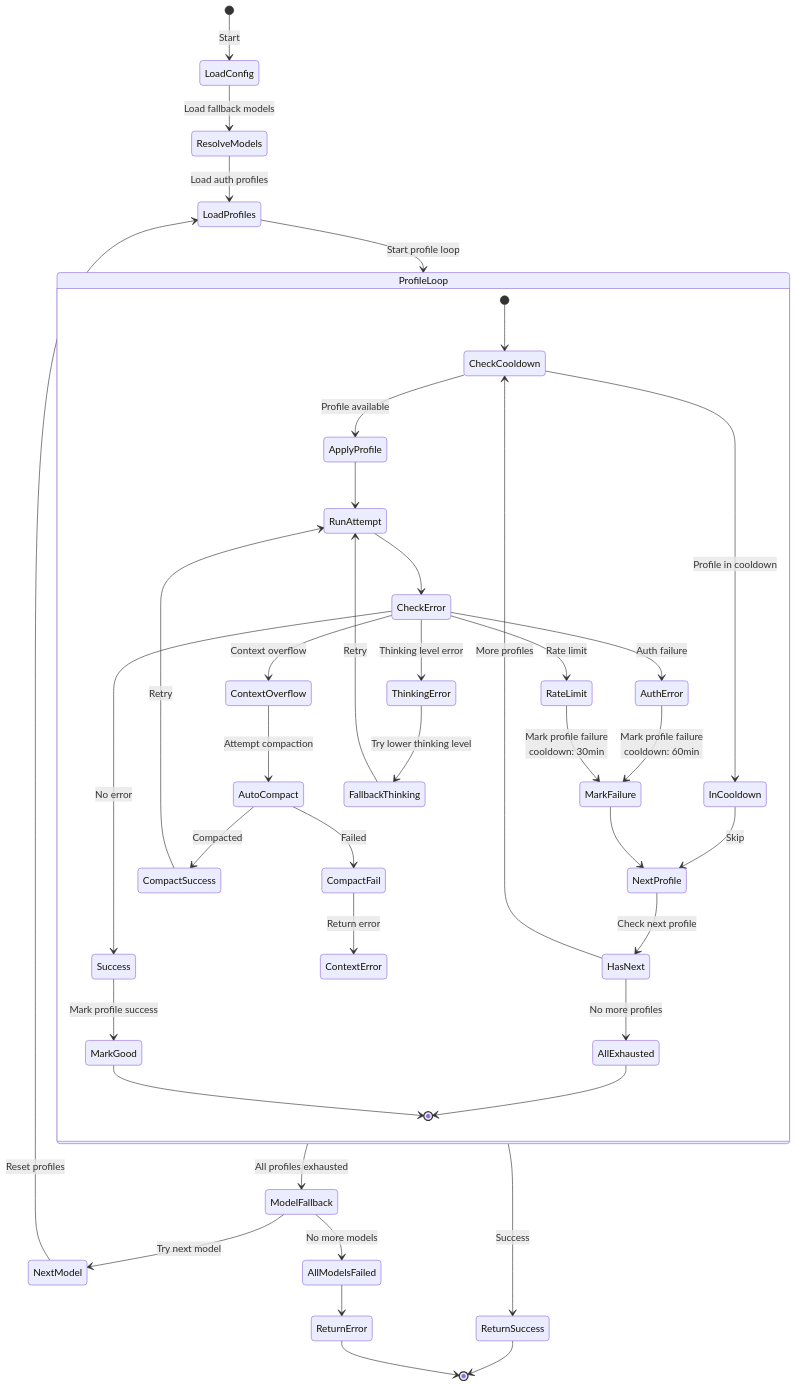
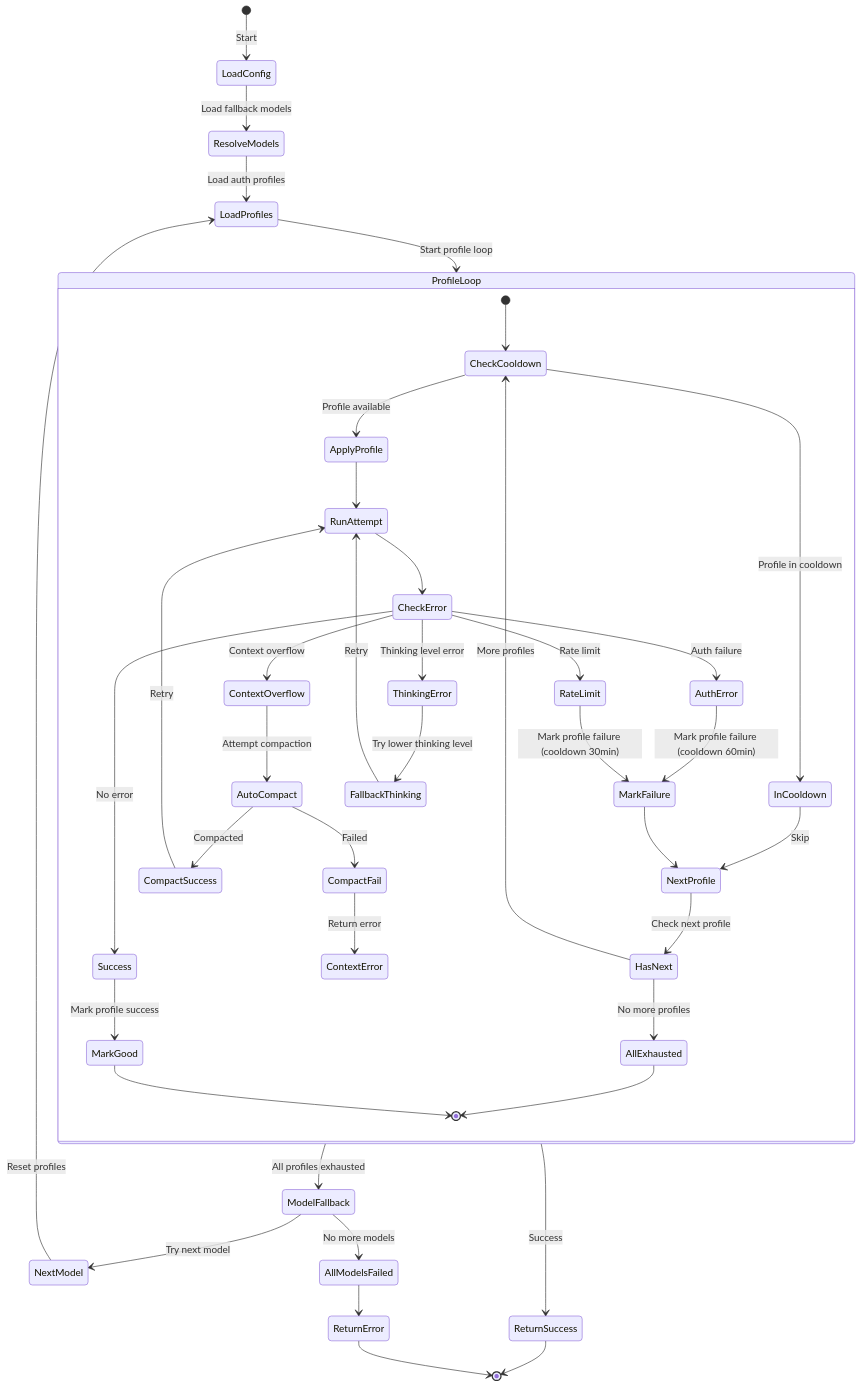
Before and after one commit to laurus-kpa007/openclaw-test: the fourth of 12 diagrams in analysis/architecture-diagrams.md, drawn with Mermaid. The commit also changed other lines of this file, not shown here.

First line of the commit message:
fix: resolve Mermaid diagram parsing errors

````diff
--- a/analysis/architecture-diagrams.md
+++ b/analysis/architecture-diagrams.md
@@ -211,53 +211,53 @@
 ```mermaid
 stateDiagram-v2
     [*] --> LoadConfig: Start
     LoadConfig --> ResolveModels: Load fallback models
     ResolveModels --> LoadProfiles: Load auth profiles
     LoadProfiles --> ProfileLoop: Start profile loop
 
     state ProfileLoop {
         [*] --> CheckCooldown
         CheckCooldown --> InCooldown: Profile in cooldown
         CheckCooldown --> ApplyProfile: Profile available
         InCooldown --> NextProfile: Skip
         ApplyProfile --> RunAttempt
 
         RunAttempt --> CheckError
         CheckError --> AuthError: Auth failure
         CheckError --> RateLimit: Rate limit
         CheckError --> ContextOverflow: Context overflow
         CheckError --> ThinkingError: Thinking level error
         CheckError --> Success: No error
 
-        AuthError --> MarkFailure: Mark profile failure<br/>cooldown: 60min
-        RateLimit --> MarkFailure: Mark profile failure<br/>cooldown: 30min
+        AuthError --> MarkFailure: Mark profile failure (cooldown 60min)
+        RateLimit --> MarkFailure: Mark profile failure (cooldown 30min)
         MarkFailure --> NextProfile
 
         ContextOverflow --> AutoCompact: Attempt compaction
         AutoCompact --> CompactSuccess: Compacted
         AutoCompact --> CompactFail: Failed
         CompactSuccess --> RunAttempt: Retry
         CompactFail --> ContextError: Return error
 
         ThinkingError --> FallbackThinking: Try lower thinking level
         FallbackThinking --> RunAttempt: Retry
 
         NextProfile --> HasNext: Check next profile
         HasNext --> CheckCooldown: More profiles
         HasNext --> AllExhausted: No more profiles
 
         AllExhausted --> [*]
         Success --> MarkGood: Mark profile success
         MarkGood --> [*]
     }
 
     ProfileLoop --> ModelFallback: All profiles exhausted
     ModelFallback --> NextModel: Try next model
     NextModel --> LoadProfiles: Reset profiles
     ModelFallback --> AllModelsFailed: No more models
 
     ProfileLoop --> ReturnSuccess: Success
     AllModelsFailed --> ReturnError
     ReturnSuccess --> [*]
     ReturnError --> [*]
 ```
````
